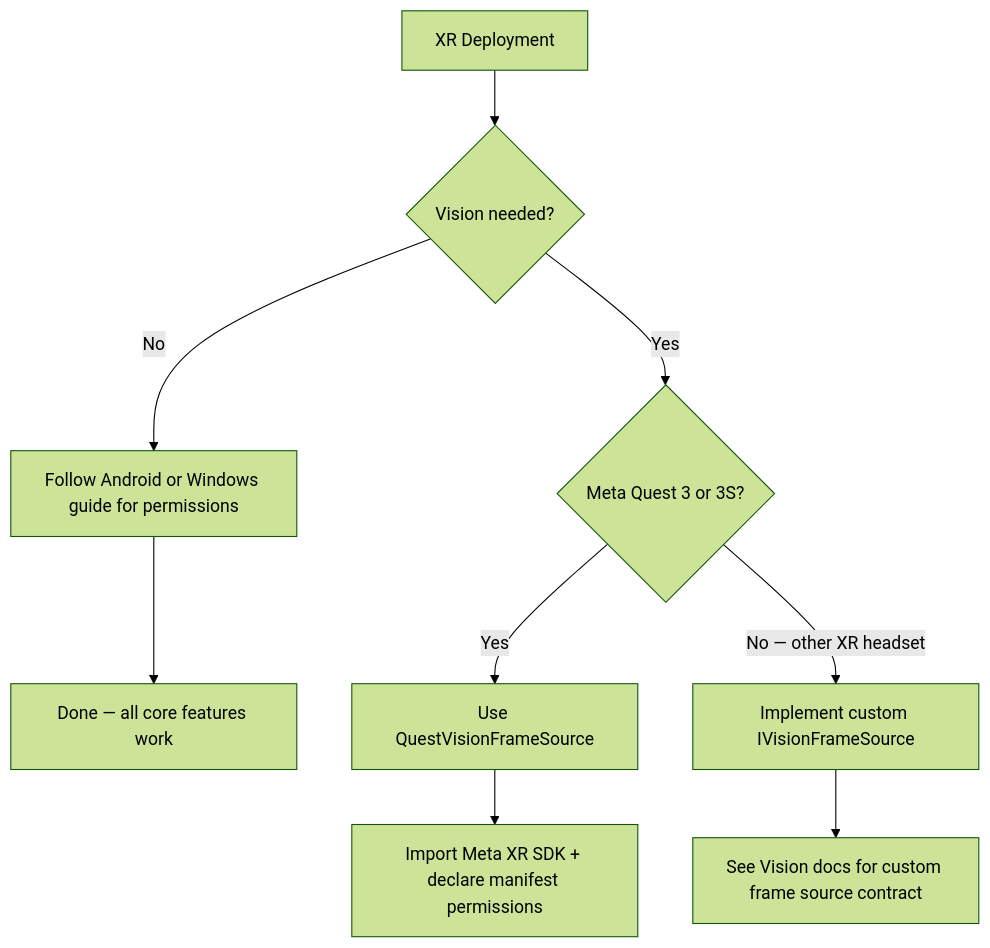
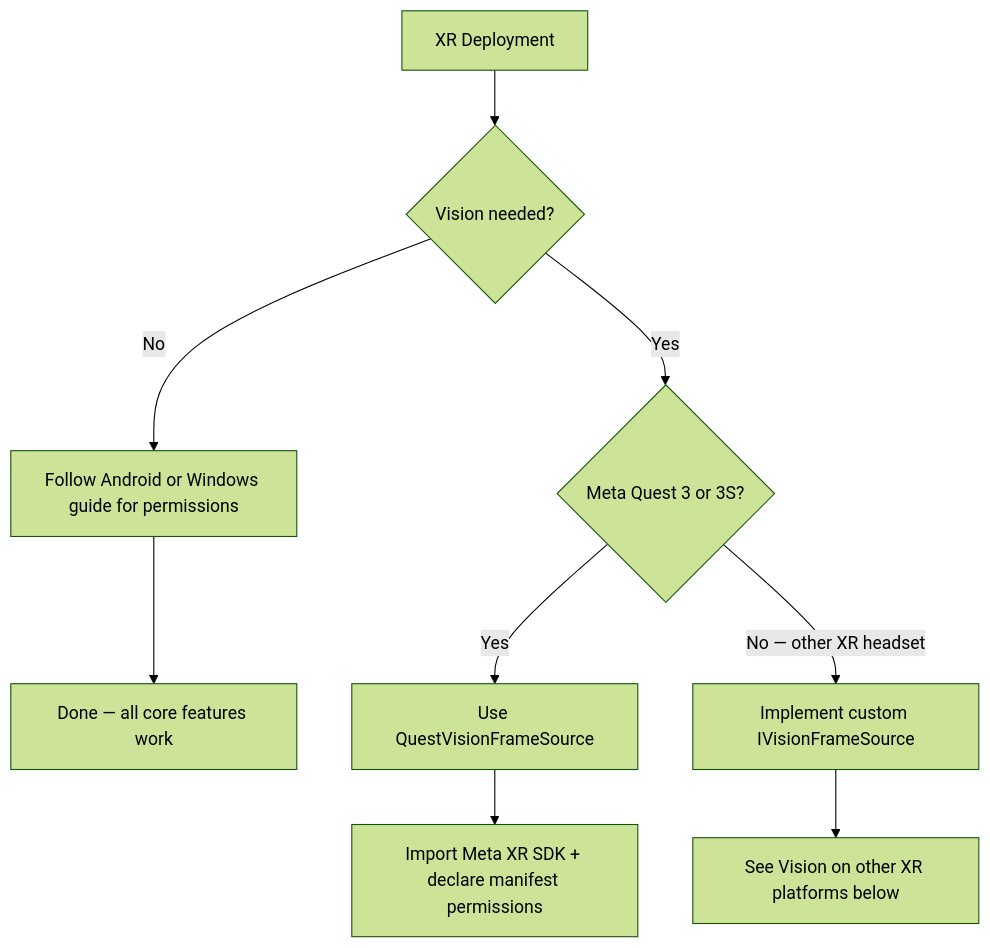
The diagram in plugins-and-integrations/convai-unity-sdk-1/platform-guides/xr-headsets.md (Conv-AI/Convai-Documentation), drawn with Mermaid (forest theme) before and after one commit. The commit also changed other lines of this file and 5 other files, not shown here.

````diff
--- a/plugins-and-integrations/convai-unity-sdk-1/platform-guides/xr-headsets.md
+++ b/plugins-and-integrations/convai-unity-sdk-1/platform-guides/xr-headsets.md
@@ -37,11 +32,11 @@
 ```mermaid
 graph TD
     A[XR Deployment] --> B{Vision needed?}
     B -->|No| C[Follow Android or Windows guide for permissions]
     C --> D[Done — all core features work]
     B -->|Yes| E{Meta Quest 3 or 3S?}
     E -->|Yes| F[Use QuestVisionFrameSource]
     F --> G[Import Meta XR SDK + declare manifest permissions]
     E -->|No — other XR headset| H[Implement custom IVisionFrameSource]
-    H --> I[See Vision docs for custom frame source contract]
+    H --> I[See Vision on other XR platforms below]
 ```
````
